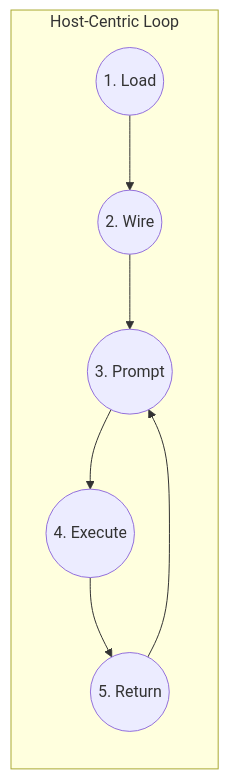
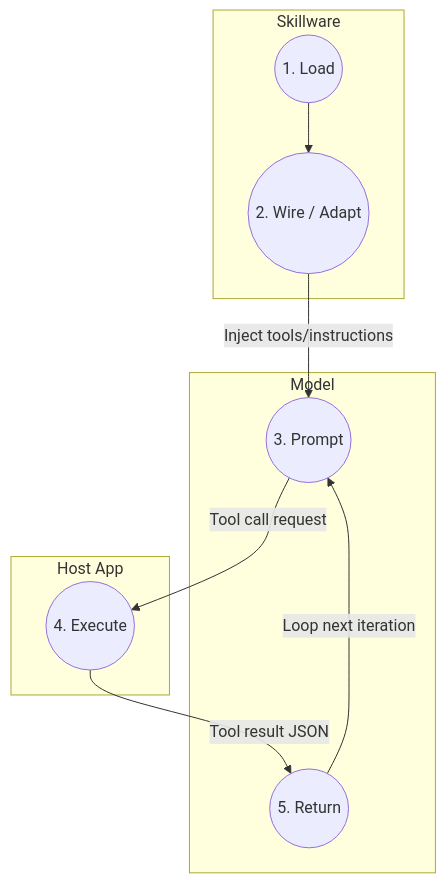
Before and after one commit to ARPAHLS/skillware: the diagram in docs/usage/agent_loops.md, drawn with Mermaid. The commit also changed other lines of this file and 1 other file, not shown here.

Commit message:
docs: address review feedback on agent loop diagrams and step execution syntax

````diff
--- a/docs/usage/agent_loops.md
+++ b/docs/usage/agent_loops.md
@@ -5,8 +5,20 @@
 ```mermaid
 flowchart TD
-    subgraph HostLoop ["Host-Centric Loop"]
-        direction TB
-        Load((1. Load)) --> Wire((2. Wire)) --> Prompt((3. Prompt))
-        Prompt --> Execute((4. Execute)) --> Return((5. Return)) --> Prompt
+    subgraph Skillware
+        Load((1. Load)) --> Adapt((2. Wire / Adapt))
     end
+
+    subgraph Model
+        Prompt((3. Prompt))
+        Return((5. Return))
+    end
+
+    subgraph Host ["Host App"]
+        Execute((4. Execute))
+    end
+
+    Adapt -->|Inject tools/instructions| Prompt
+    Prompt -->|Tool call request| Execute
+    Execute -->|Tool result JSON| Return
+    Return -->|Loop next iteration| Prompt
 ```
````
